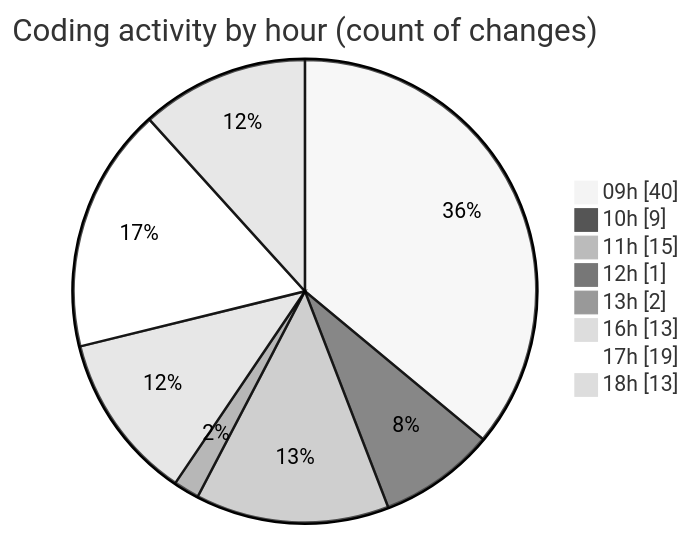
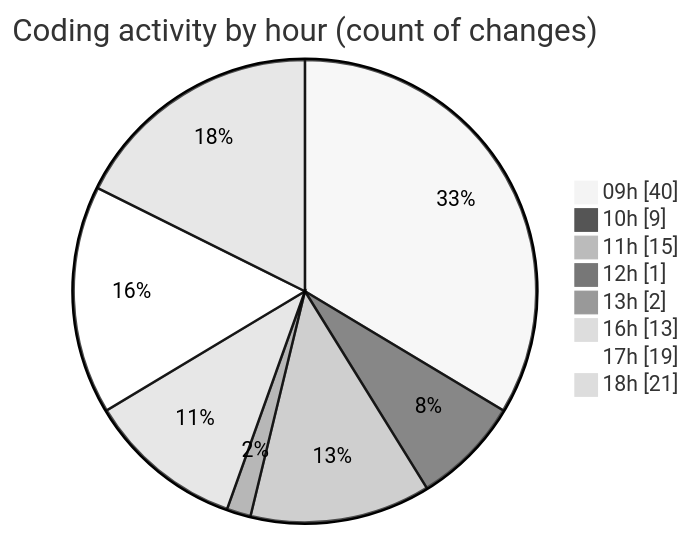
The second of 2 diagrams in 2026-06-15/cda/README.md (momahboobian/code-tracking), drawn with Mermaid (neutral theme) before and after one commit. The commit also changed other lines of this file and 1 other file, not shown here.

````diff
--- a/2026-06-15/cda/README.md
+++ b/2026-06-15/cda/README.md
@@ -79,12 +79,12 @@
 ```mermaid
 pie showData
 title Coding activity by hour (count of changes)
 "09h" : 40
 "10h" : 9
 "11h" : 15
 "12h" : 1
 "13h" : 2
 "16h" : 13
 "17h" : 19
-"18h" : 13
+"18h" : 21
 ```
````
